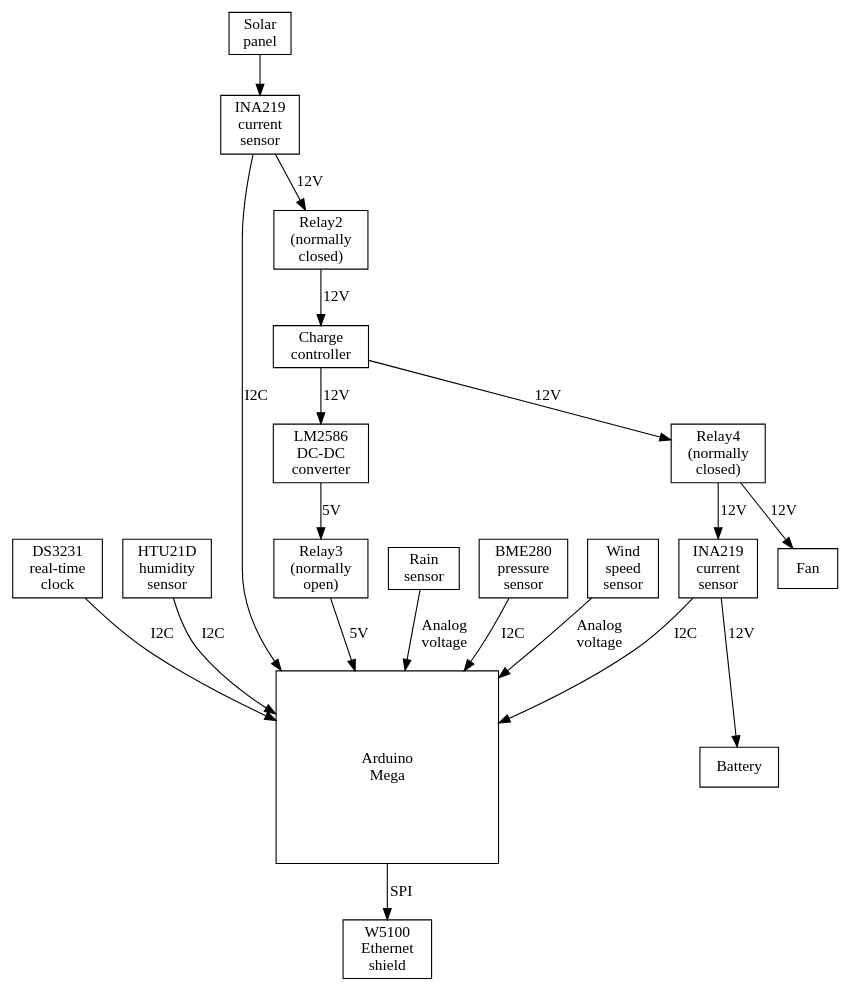
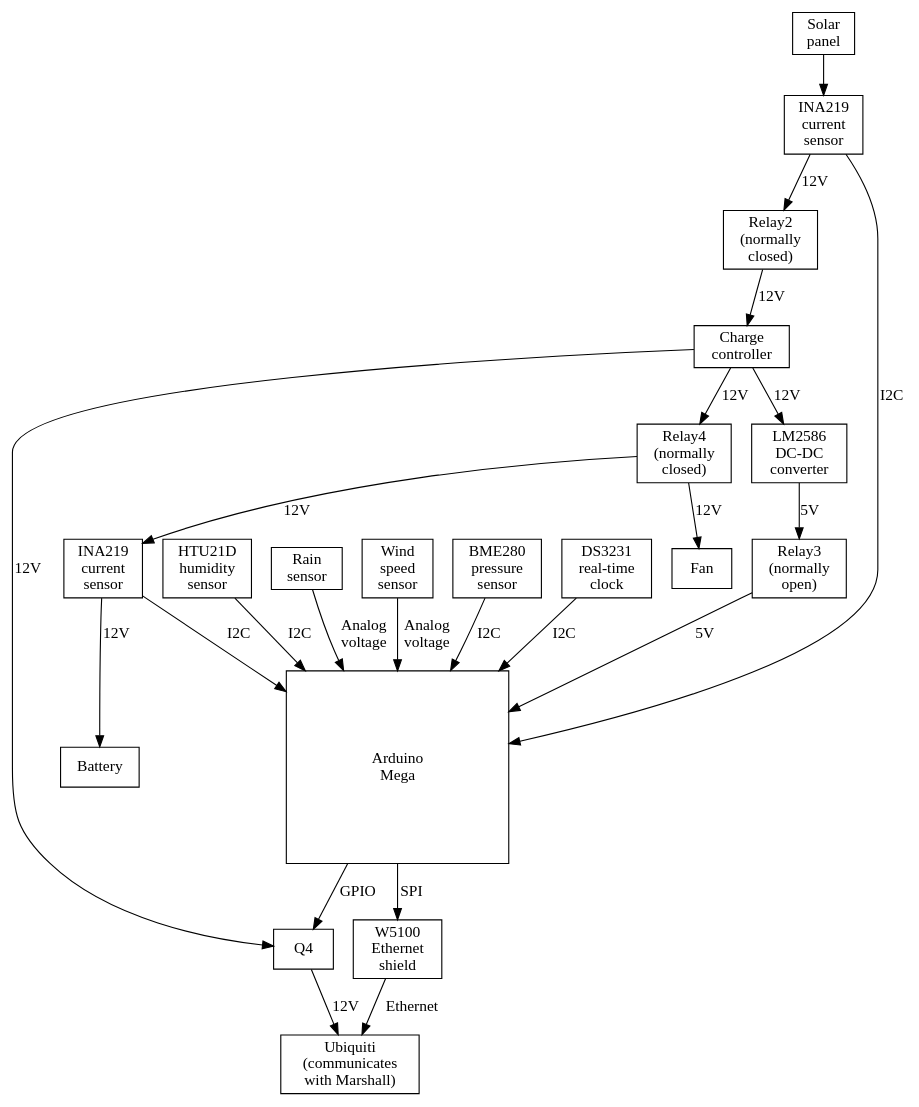
The diagram in docs/system_diagram.gv (crestlinesoaring/ArduinoWeatherStation), drawn with Graphviz before and after one commit.

Commit message:
Added Ubiquiti

```diff
--- a/docs/system_diagram.gv
+++ b/docs/system_diagram.gv
@@ -1,41 +1,47 @@
 // To generate the visualization, visit http://www.webgraphviz.com/
 // Paste all of the text below into the text box and click Generate Graph!
 
 digraph G {
   node [shape=box];
 
   Arduino [label="Arduino\nMega",margin=1];
   BME280 [label="BME280\npressure\nsensor"];
   ChargeController [label="Charge\ncontroller"];
   DS3231 [label="DS3231\nreal-time\nclock"];
   HTU21D [label="HTU21D\nhumidity\nsensor"];
   INA219_1 [label="INA219\ncurrent\nsensor"];
   INA219_2 [label="INA219\ncurrent\nsensor"];
   LM2596 [label="LM2586\nDC-DC\nconverter"];
+  Q4;
   Rain [label="Rain\nsensor"];
   Relay2 [label="Relay2\n(normally\nclosed)"];
   Relay3 [label="Relay3\n(normally\nopen)"];
   Relay4 [label="Relay4\n(normally\nclosed)"];
   SolarPanel [label="Solar\npanel"];
+  Ubiquiti [label="Ubiquiti\n(communicates\nwith Marshall)"];
   W5100 [label="W5100\nEthernet\nshield"];
   Windspeed [label="Wind\nspeed\nsensor"];
 
+  Arduino -> Q4 [label="GPIO"];
   Arduino -> W5100 [label="SPI"];
   BME280 -> Arduino [label="I2C"];
   ChargeController -> LM2596 [label="12V"];
+  ChargeController -> Q4 [label="12V"];
   ChargeController -> Relay4 [label="12V"];
   DS3231 -> Arduino [label="I2C"];
   HTU21D -> Arduino [label="I2C"];
   INA219_1 -> Arduino [label="I2C"];
   INA219_1 -> Relay2 [label="12V"];
   INA219_2 -> Arduino [label="I2C"];
   INA219_2 -> Battery [label="12V"];
   LM2596 -> Relay3 [label="5V"];
+  Q4 -> Ubiquiti [label="12V"];
   Rain -> Arduino [label="Analog\nvoltage"];
   Relay2 -> ChargeController [label="12V"];
   Relay3 -> Arduino [label="5V"];
   Relay4 -> Fan [label="12V"];
   Relay4 -> INA219_2 [label="12V"];
   SolarPanel -> INA219_1;
+  W5100 -> Ubiquiti [label="Ethernet"];
   Windspeed -> Arduino [label="Analog\nvoltage"];
 }
```
